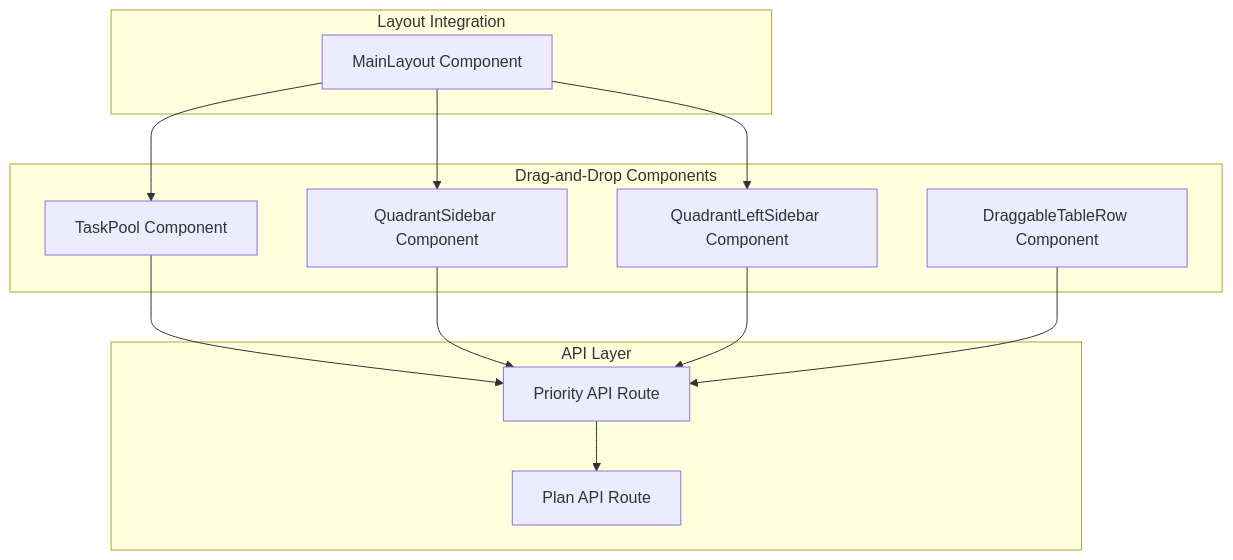
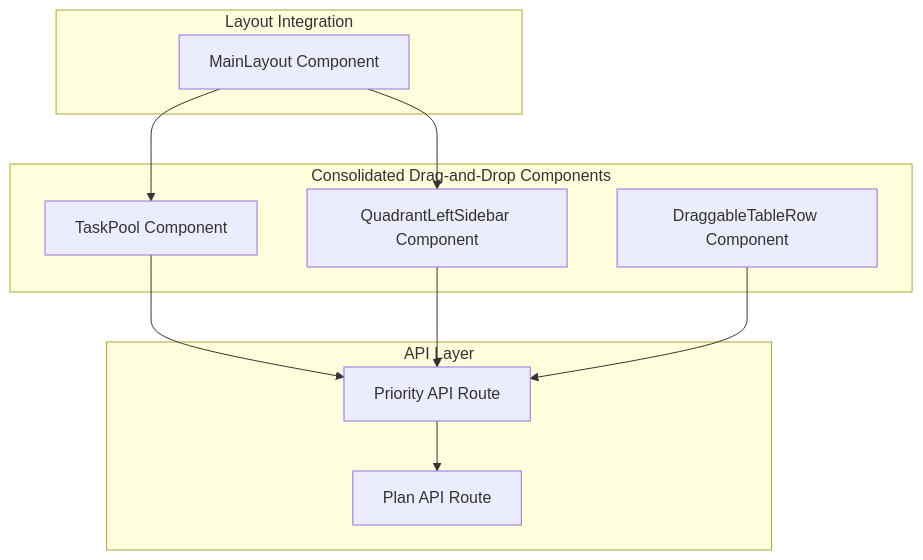
Before and after one commit to peixuanhu/goal-mate: the first of 8 diagrams in .qoder/repowiki/en/content/UI Components/Drag-and-Drop Functionality.md, drawn with Mermaid. The commit also changed other lines of this file and 3 other files, not shown here.

````diff
--- a/.qoder/repowiki/en/content/UI Components/Drag-and-Drop Functionality.md
+++ b/.qoder/repowiki/en/content/UI Components/Drag-and-Drop Functionality.md
@@ -36,24 +45,21 @@
 ```mermaid
 graph TB
-subgraph "Drag-and-Drop Components"
+subgraph "Consolidated Drag-and-Drop Components"
 TP[TaskPool Component]
-QS[QuadrantSidebar Component]
 QLS[QuadrantLeftSidebar Component]
 DTR[DraggableTableRow Component]
 end
 subgraph "API Layer"
 PPR[Priority API Route]
 PR[Plan API Route]
 end
 subgraph "Layout Integration"
 ML[MainLayout Component]
 end
 TP --> PPR
-QS --> PPR
 QLS --> PPR
 DTR --> PPR
 PPR --> PR
 ML --> TP
-ML --> QS
 ML --> QLS
 ```
````
